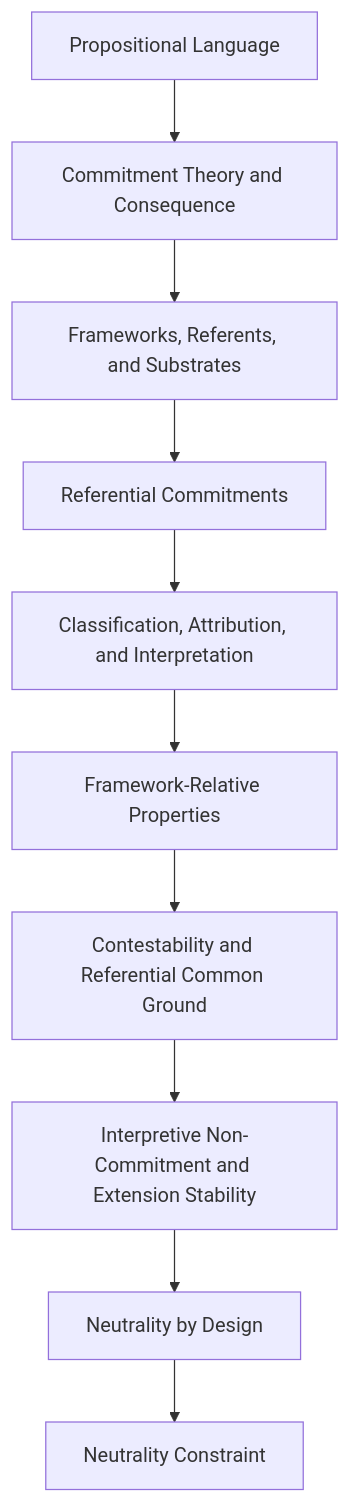
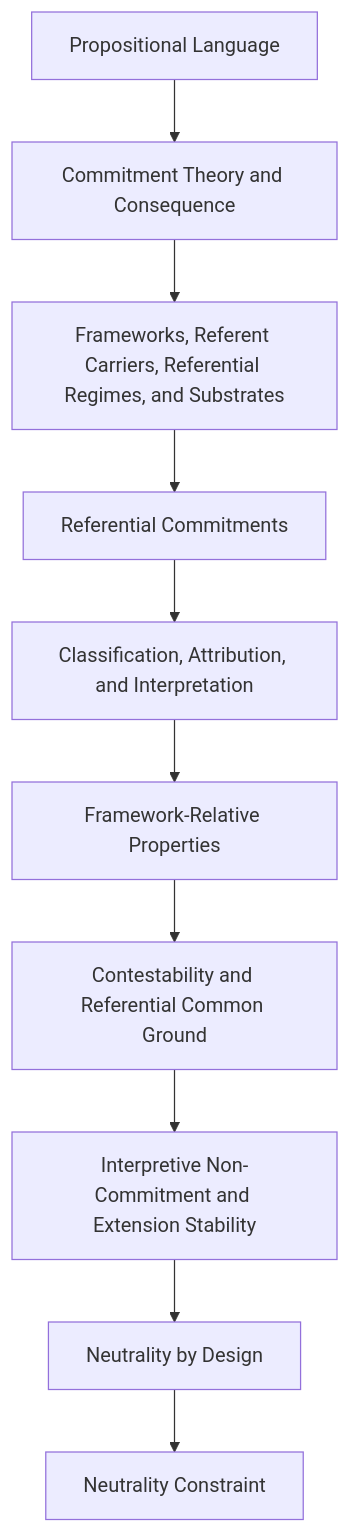
Before and after one commit to structural-explainability/se-theory-neutral-substrate: the diagram in README.md, drawn with Mermaid. The commit also changed other lines of this file and 25 other files, not shown here.

````diff
--- a/README.md
+++ b/README.md
@@ -63,12 +63,12 @@
 ```mermaid
 flowchart TD
     A["Propositional Language"] --> B["Commitment Theory and Consequence"]
-    B --> C["Frameworks, Referents, and Substrates"]
+    B --> C["Frameworks, Referent Carriers, Referential Regimes, and Substrates"]
     C --> D["Referential Commitments"]
     D --> E["Classification, Attribution, and Interpretation"]
     E --> F["Framework-Relative Properties"]
     F --> G["Contestability and Referential Common Ground"]
     G --> H["Interpretive Non-Commitment and Extension Stability"]
     H --> I["Neutrality by Design"]
     I --> J["Neutrality Constraint"]
 ```
````
